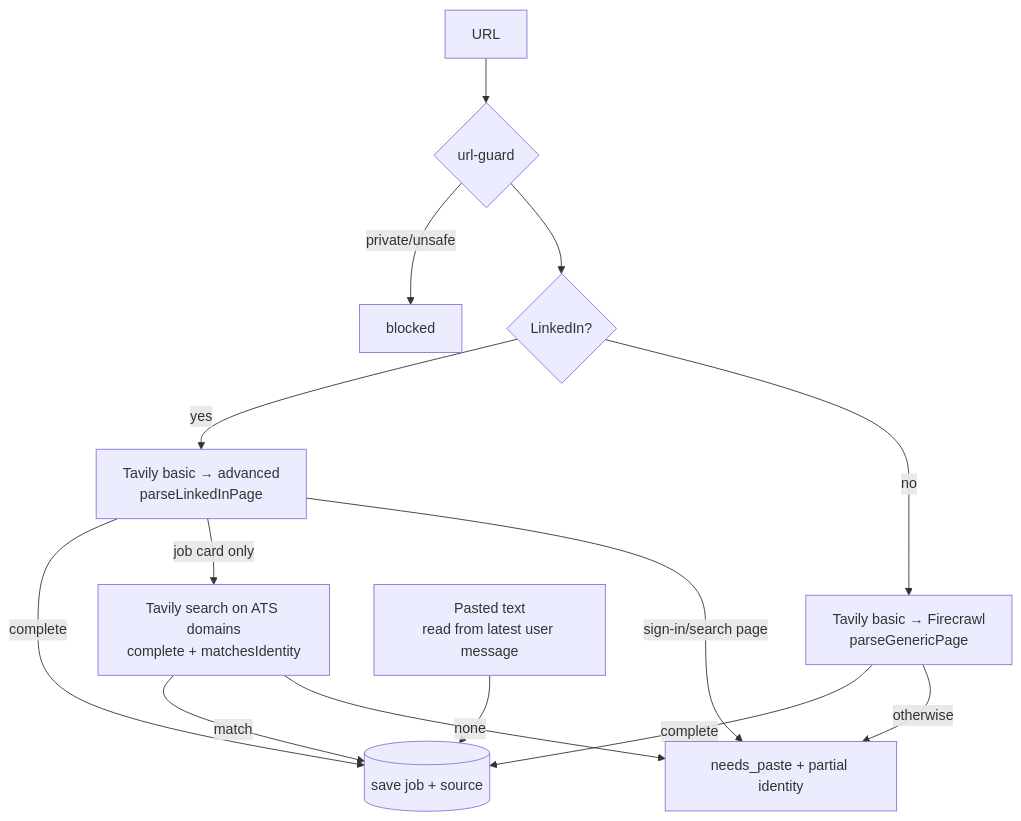
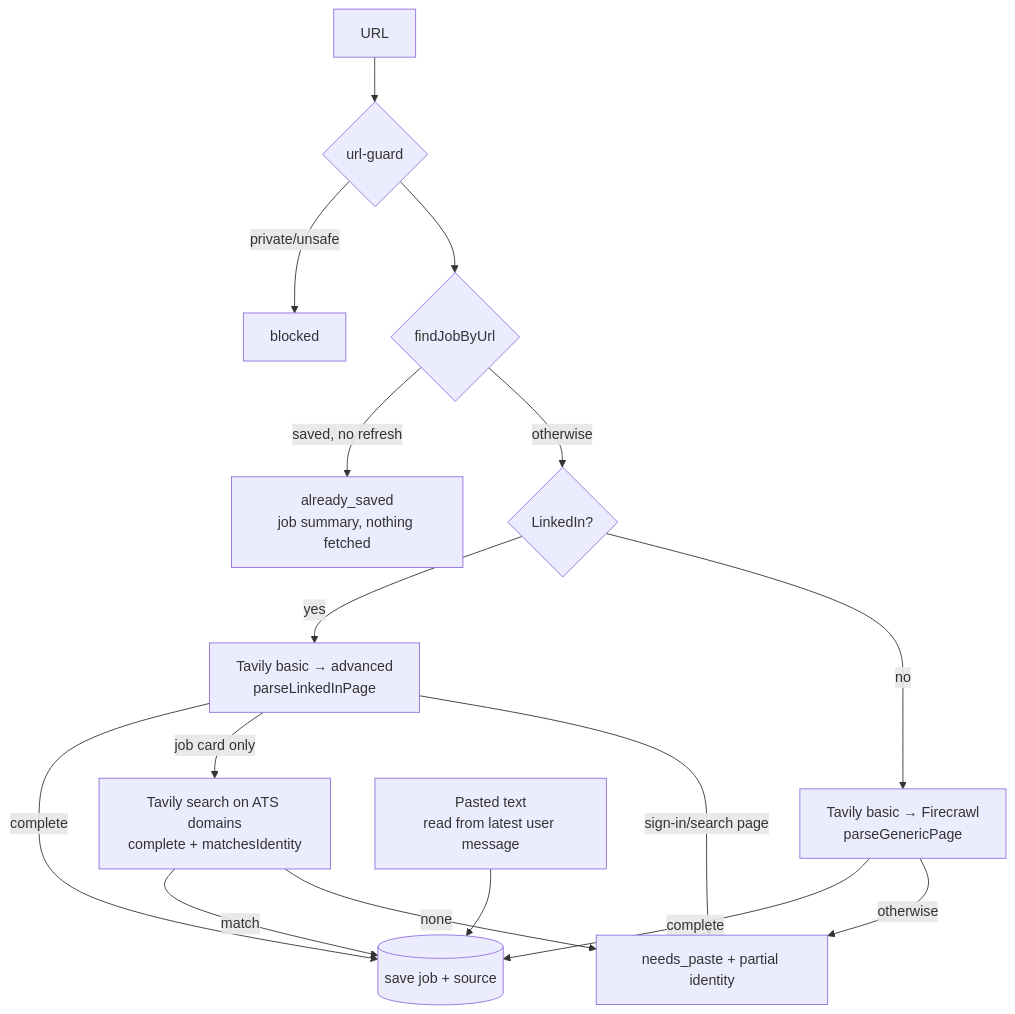
The diagram in apps/agent/src/ingest/AGENTS.md (pppdns/job-agent-mastra), drawn with Mermaid before and after one commit. The commit also changed other lines of this file and 14 other files, not shown here.

First line of the commit message:
Recognize a saved job's URL before fetching the listing

````diff
--- a/apps/agent/src/ingest/AGENTS.md
+++ b/apps/agent/src/ingest/AGENTS.md
@@ -5,16 +5,18 @@
 ```mermaid
 flowchart TD
   U[URL] --> G{url-guard}
   G -- private/unsafe --> B[blocked]
-  G --> L{LinkedIn?}
+  G --> D{findJobByUrl}
+  D -- saved, no refresh --> AS[already_saved<br/>job summary, nothing fetched]
+  D -- otherwise --> L{LinkedIn?}
   L -- yes --> T1[Tavily basic → advanced<br/>parseLinkedInPage]
   T1 -- complete --> S[(save job + source)]
   T1 -- job card only --> A[Tavily search on ATS domains<br/>complete + matchesIdentity]
   A -- match --> S
   A -- none --> P[needs_paste + partial identity]
   T1 -- sign-in/search page --> P
   L -- no --> W[Tavily basic → Firecrawl<br/>parseGenericPage]
   W -- complete --> S
   W -- otherwise --> P
   X[Pasted text<br/>read from latest user message] --> S
 ```
````
